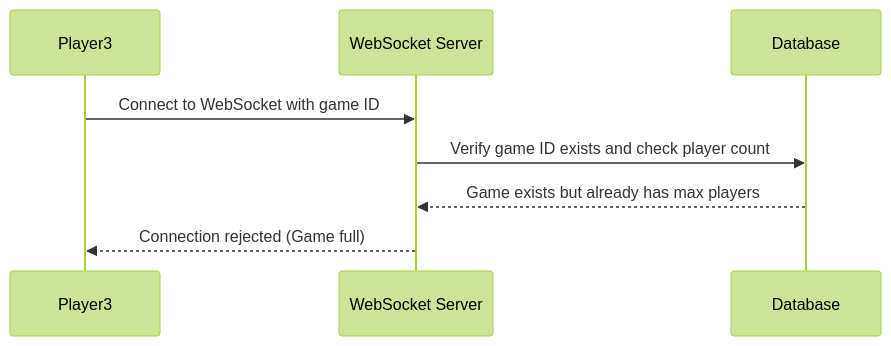
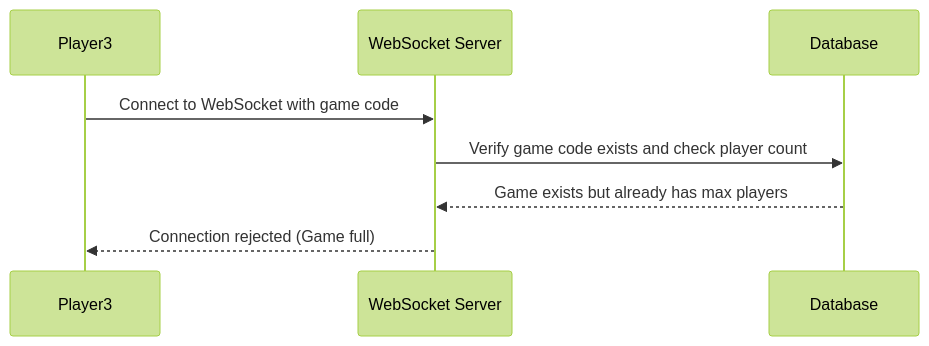
Before and after one commit to suiramdev/42-ft_transcendence: the second of 5 diagrams in docs-site/docs/api/game.md, drawn with Mermaid (forest theme). The commit also changed other lines of this file, not shown here.

Commit message:
docs: improve game flow with all in one database

````diff
--- a/docs-site/docs/api/game.md
+++ b/docs-site/docs/api/game.md
@@ -44,11 +44,11 @@
 ```mermaid
 sequenceDiagram
     participant Player3
     participant WS as WebSocket Server
     participant DB as Database
 
-    Player3->>WS: Connect to WebSocket with game ID
-    WS->>DB: Verify game ID exists and check player count
+    Player3->>WS: Connect to WebSocket with game code
+    WS->>DB: Verify game code exists and check player count
     DB-->>WS: Game exists but already has max players
     WS-->>Player3: Connection rejected (Game full)
 ```
````
